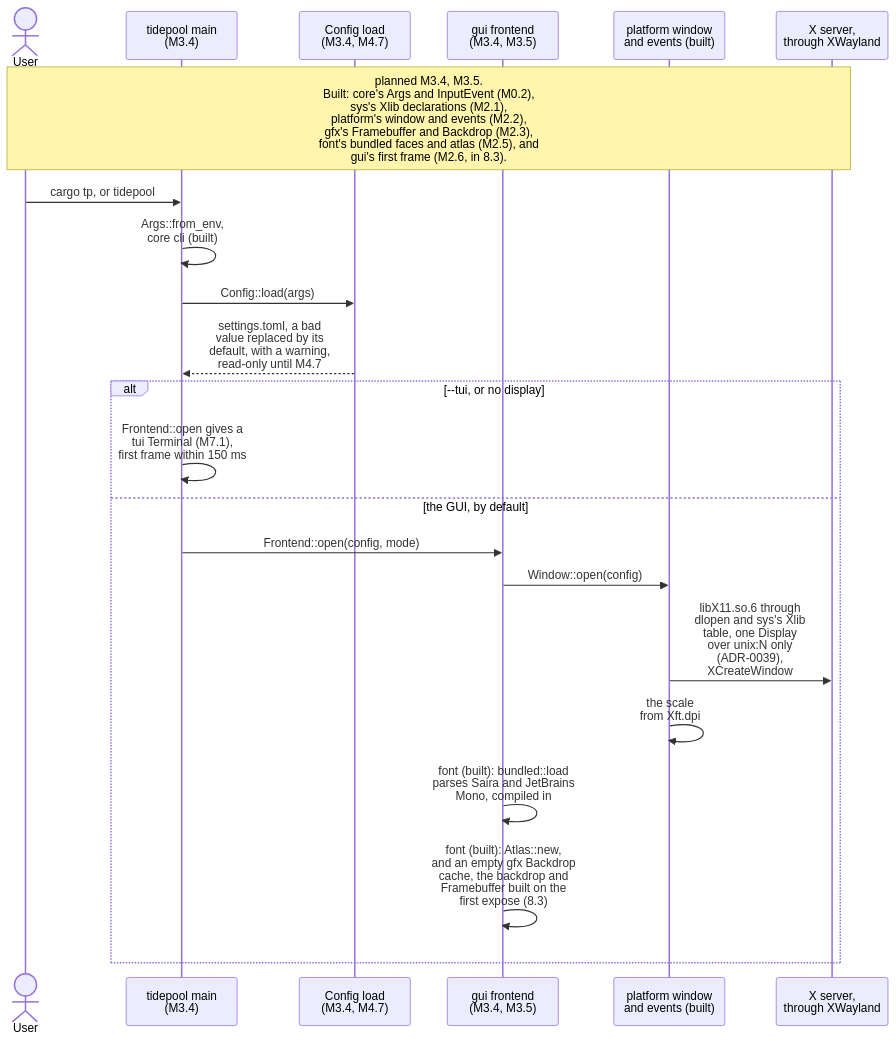
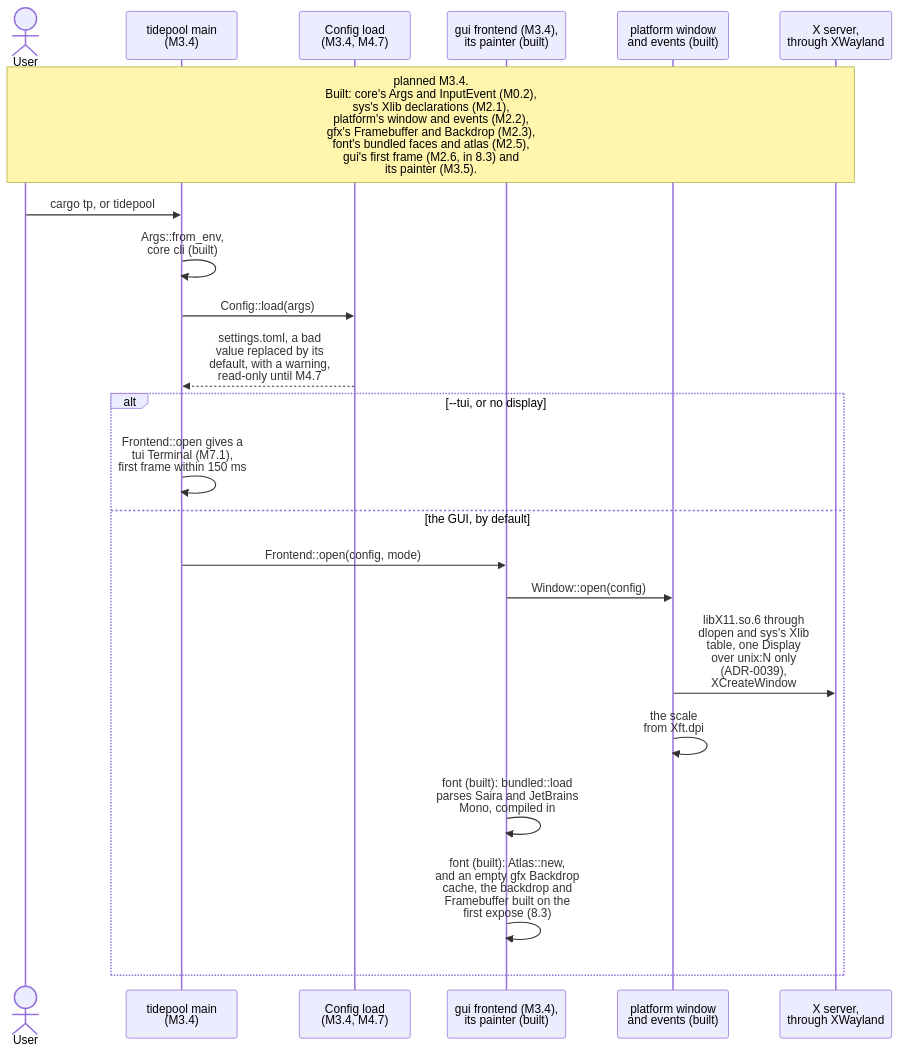
The ninth of 23 diagrams in diagrams/sequence-diagrams.md (jabbott-iii/Tidepool), drawn with Mermaid before and after one commit. The commit also changed other lines of this file and 51 other files, not shown here.

First line of the commit message:
gui: draw-list painter and ui goldens (M3.5)

````diff
--- a/diagrams/sequence-diagrams.md
+++ b/diagrams/sequence-diagrams.md
@@ -526,25 +528,25 @@
 ```mermaid
 sequenceDiagram
     actor User
     participant Cli as tidepool main<br/>(M3.4)
     participant Cfg as Config load<br/>(M3.4, M4.7)
-    participant Fe as gui frontend<br/>(M3.4, M3.5)
+    participant Fe as gui frontend (M3.4),<br/>its painter (built)
     participant Plat as platform window<br/>and events (built)
     participant Disp as X server,<br/>through XWayland
 
-    Note over User,Disp: planned M3.4, M3.5.<br/>Built: core's Args and InputEvent (M0.2),<br/>sys's Xlib declarations (M2.1),<br/>platform's window and events (M2.2),<br/>gfx's Framebuffer and Backdrop (M2.3),<br/>font's bundled faces and atlas (M2.5), and<br/>gui's first frame (M2.6, in 8.3).
+    Note over User,Disp: planned M3.4.<br/>Built: core's Args and InputEvent (M0.2),<br/>sys's Xlib declarations (M2.1),<br/>platform's window and events (M2.2),<br/>gfx's Framebuffer and Backdrop (M2.3),<br/>font's bundled faces and atlas (M2.5),<br/>gui's first frame (M2.6, in 8.3) and<br/>its painter (M3.5).
     User->>Cli: cargo tp, or tidepool
     Cli->>Cli: Args::from_env,<br/>core cli (built)
     Cli->>Cfg: Config::load(args)
     Cfg-->>Cli: settings.toml, a bad<br/>value replaced by its<br/>default, with a warning,<br/>read-only until M4.7
     alt --tui, or no display
         Cli->>Cli: Frontend::open gives a<br/>tui Terminal (M7.1),<br/>first frame within 150 ms
     else the GUI, by default
         Cli->>Fe: Frontend::open(config, mode)
         Fe->>Plat: Window::open(config)
         Plat->>Disp: libX11.so.6 through<br/>dlopen and sys's Xlib<br/>table, one Display<br/>over unix:N only<br/>(ADR-0039),<br/>XCreateWindow
         Plat->>Plat: the scale<br/>from Xft.dpi
         Fe->>Fe: font (built): bundled::load<br/>parses Saira and JetBrains<br/>Mono, compiled in
         Fe->>Fe: font (built): Atlas::new,<br/>and an empty gfx Backdrop<br/>cache, the backdrop and<br/>Framebuffer built on the<br/>first expose (8.3)
     end
 ```
````
